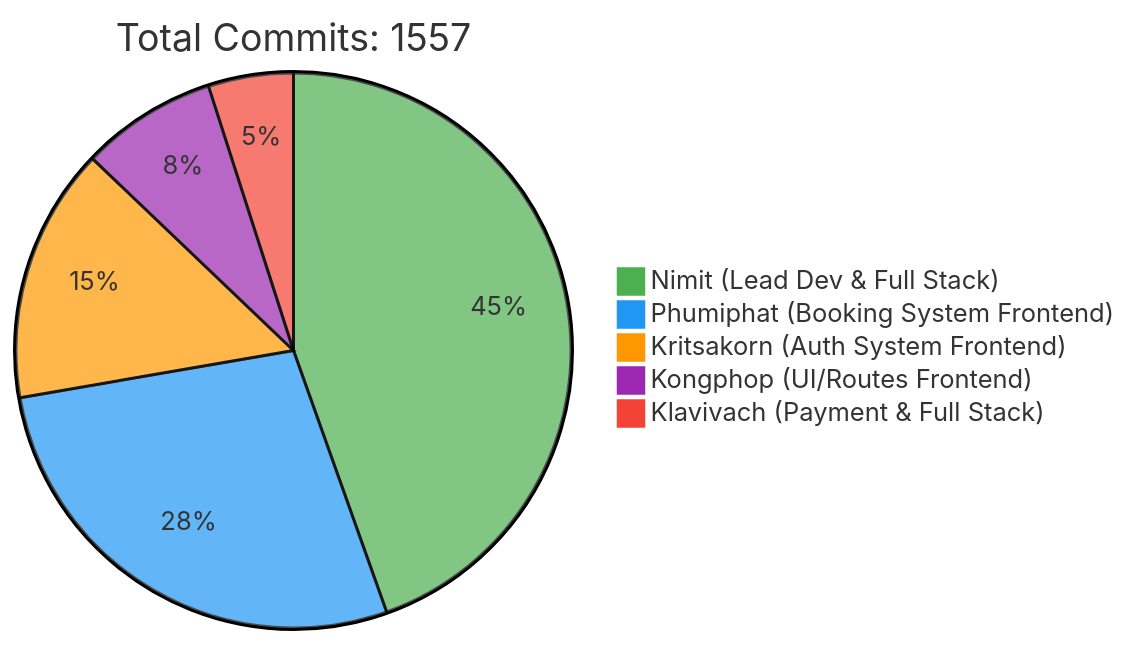
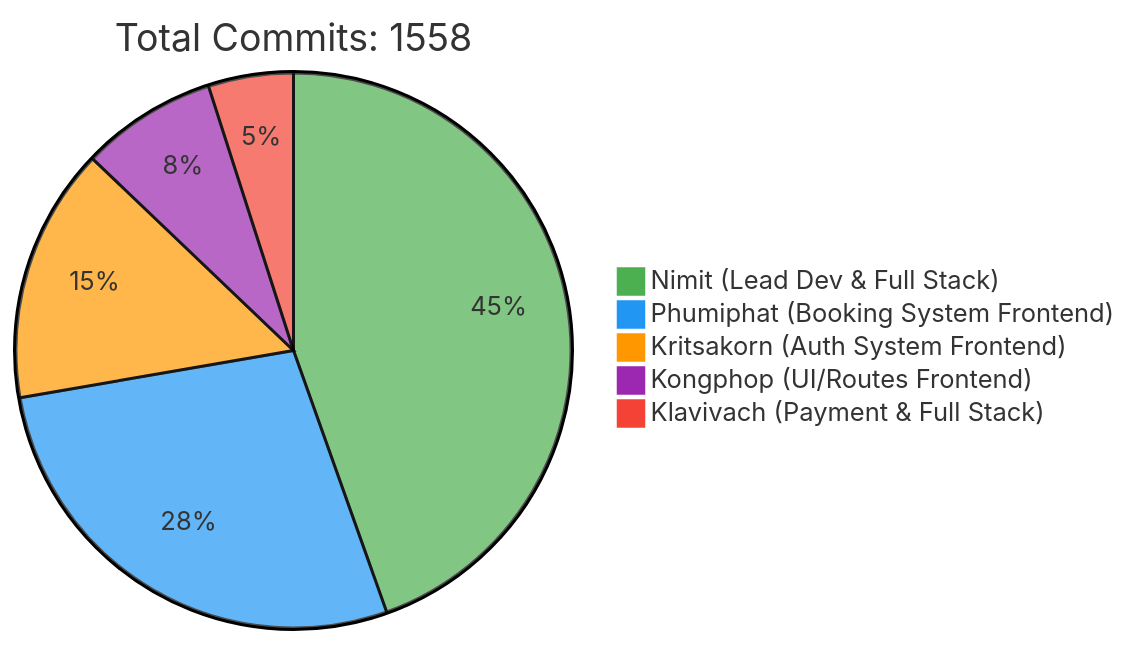
Before and after one commit to 6531503042/Sport-Complex: the first of 2 diagrams in README.md, drawn with Mermaid. The commit also changed other lines of this file, not shown here.

Commit message:
docs: Update contributor statistics [skip ci]

````diff
--- a/README.md
+++ b/README.md
@@ -257,10 +257,10 @@
 ```mermaid
 %%{init: {'theme': 'base', 'themeVariables': { 'pie1': '#4CAF50', 'pie2': '#2196F3', 'pie3': '#FF9800', 'pie4': '#9C27B0', 'pie5': '#F44336'}}}%%
 pie
-    title Total Commits: 1557
+    title Total Commits: 1558
     "Nimit (Lead Dev & Full Stack)" : 450
     "Phumiphat (Booking System Frontend)" : 280
     "Kritsakorn (Auth System Frontend)" : 150
     "Kongphop (UI/Routes Frontend)" : 80
     "Klavivach (Payment & Full Stack)" : 50
 ```
````
